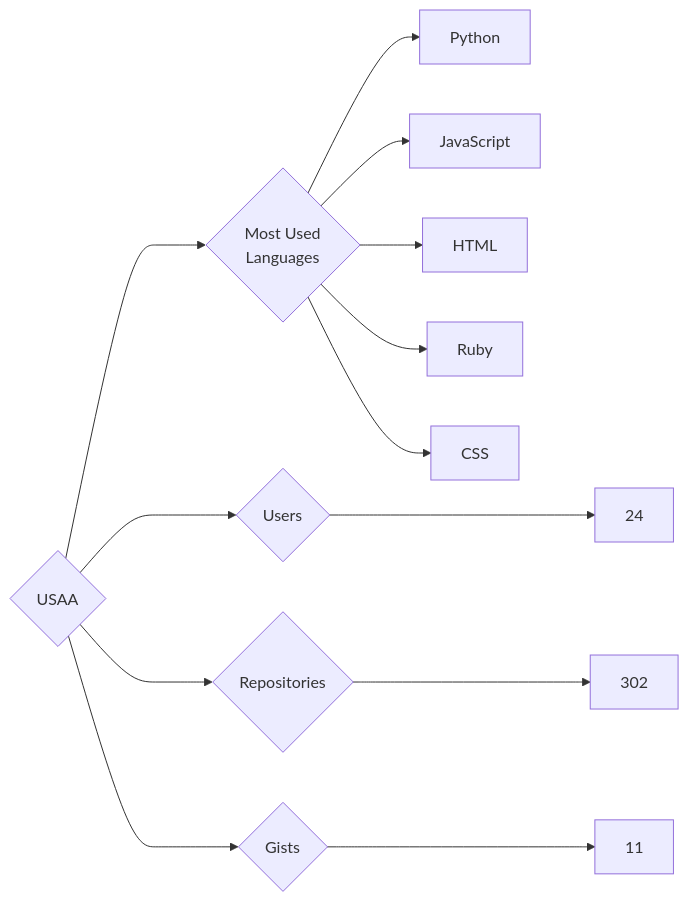
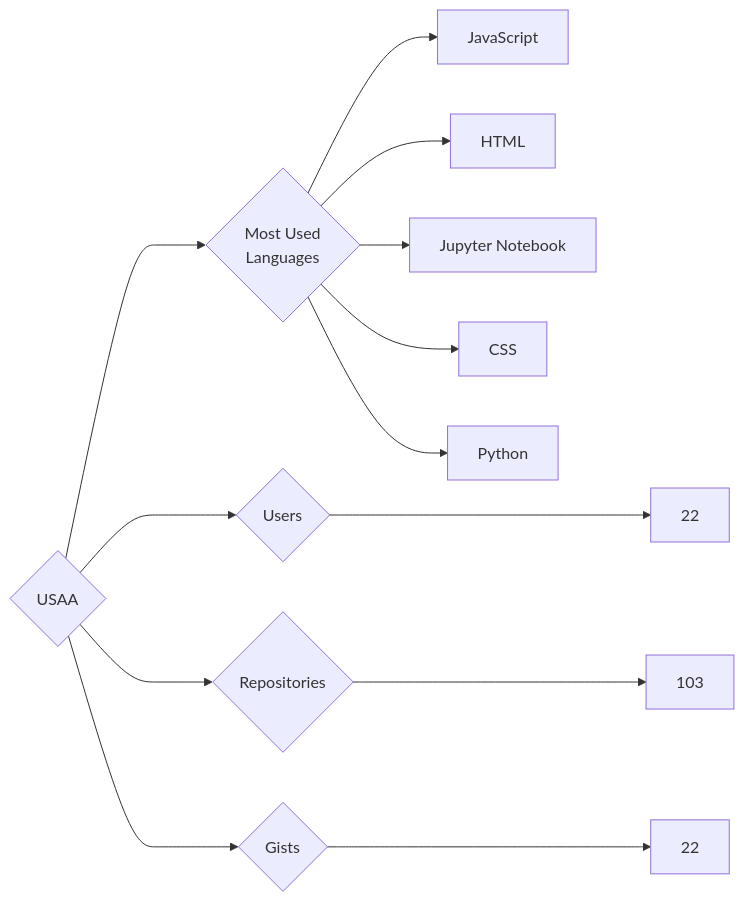
One commit to trickest/insiders changed the diagram in targets/USAA/README.md. Above: the diagram before and after it, drawn with Mermaid. The commit also changed 948 other files, not shown here.

````diff
--- a/targets/USAA/README.md
+++ b/targets/USAA/README.md
@@ -3,13 +3,13 @@
 ```mermaid
 graph LR
 COMPANY_NAME{USAA}
-COMPANY_NAME ---> U{Users} ---> UN[24]
-COMPANY_NAME ---> R{Repositories} ---> RN[302]
-COMPANY_NAME ---> G{Gists} ---> GN[11]
+COMPANY_NAME ---> U{Users} ---> UN[22]
+COMPANY_NAME ---> R{Repositories} ---> RN[103]
+COMPANY_NAME ---> G{Gists} ---> GN[22]
 COMPANY_NAME ---> ML{Most Used<br>Languages}
-ML --> Python[Python]
 ML --> JavaScript[JavaScript]
 ML --> HTML[HTML]
-ML --> Ruby[Ruby]
+ML --> Jupyter_Notebook[Jupyter Notebook]
 ML --> CSS[CSS]
+ML --> Python[Python]
 ```
````
